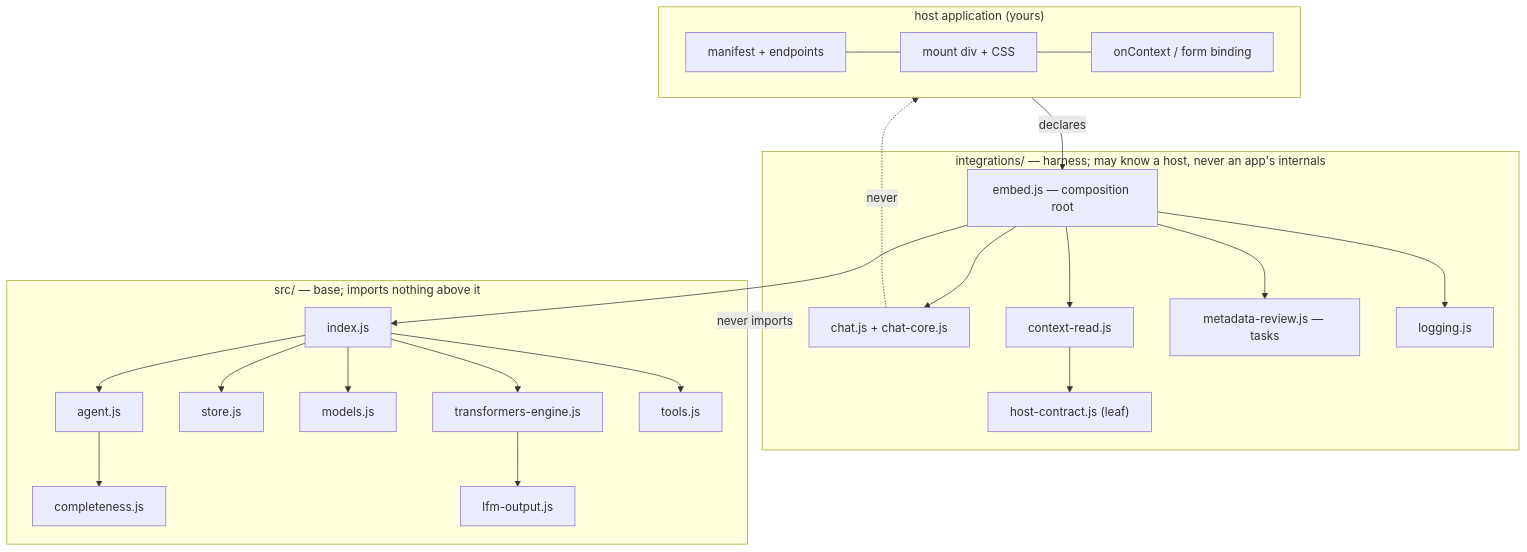
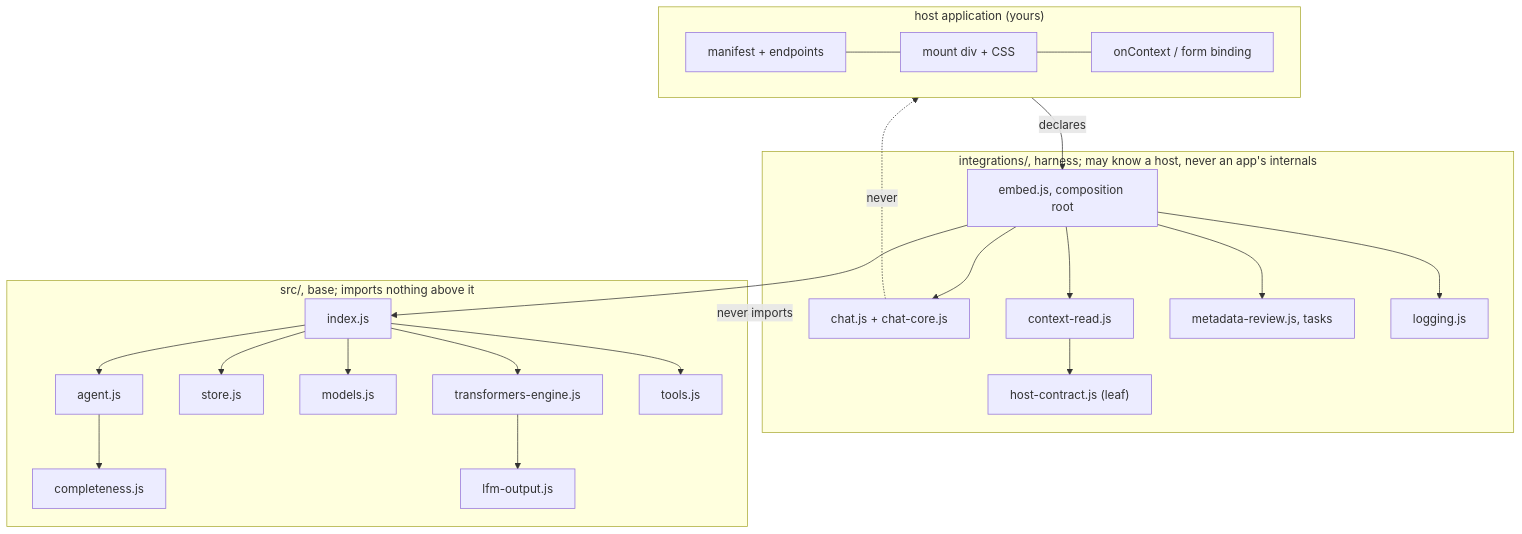
One commit to rafmacalaba/portable-slm changed the diagram in AGENTS.md. Above: the diagram before and after it, drawn with Mermaid. The commit also changed other lines of this file and 59 other files, not shown here.

````diff
--- a/AGENTS.md
+++ b/AGENTS.md
@@ -42,27 +42,27 @@
 ```mermaid
 flowchart TB
   subgraph host["host application (yours)"]
     H1["manifest + endpoints"] --- H2["mount div + CSS"] --- H3["onContext / form binding"]
   end
-  subgraph integ["integrations/ — harness; may know a host, never an app's internals"]
-    E["embed.js — composition root"]
+  subgraph integ["integrations/, harness; may know a host, never an app's internals"]
+    E["embed.js, composition root"]
     C["chat.js + chat-core.js"]
     CR["context-read.js"]
     HC["host-contract.js (leaf)"]
-    MR["metadata-review.js — tasks"]
+    MR["metadata-review.js, tasks"]
     L["logging.js"]
   end
-  subgraph base["src/ — base; imports nothing above it"]
+  subgraph base["src/, base; imports nothing above it"]
     I["index.js"] --> A["agent.js"] --> CO["completeness.js"]
     I --> S["store.js"]
     I --> M["models.js"]
     I --> TE["transformers-engine.js"] --> LO["lfm-output.js"]
     I --> T["tools.js"]
   end
   host -->|"declares"| E
   E --> C & CR & MR & L
   CR --> HC
   E --> I
   C -.->|"never"| host
   base -.->|"never imports"| integ
 ```
````
